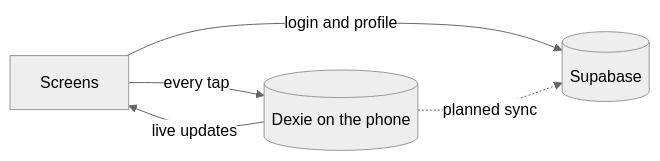
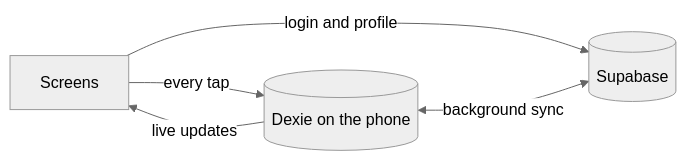
The first of 2 diagrams in README.md (raisulconnects/Gym-Kori-Prime), drawn with Mermaid (neutral theme) before and after one commit. The commit also changed other lines of this file and 41 other files, not shown here.

````diff
--- a/README.md
+++ b/README.md
@@ -151,7 +155,7 @@
 ```mermaid
 flowchart LR
     A[Screens] -->|every tap| B[(Dexie on the phone)]
     B -->|live updates| A
     A -->|login and profile| C[(Supabase)]
-    B -.->|planned sync| C
+    B <-->|background sync| C
 ```
````
